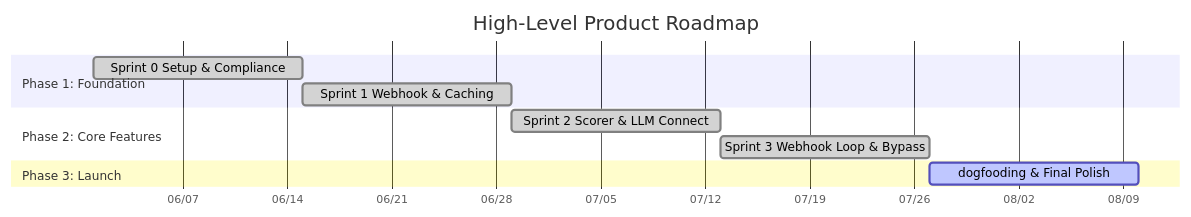
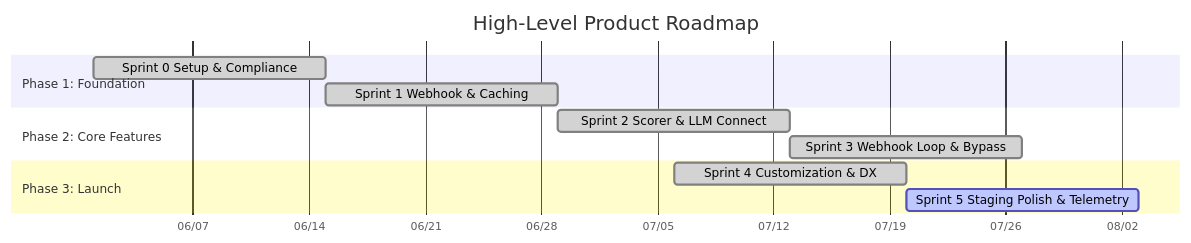
Before and after one commit to tinhct/archi-check: the diagram in docs/PM/Product_Roadmap.md, drawn with Mermaid. The commit also changed other lines of this file and 6 other files, not shown here.

````diff
--- a/docs/PM/Product_Roadmap.md
+++ b/docs/PM/Product_Roadmap.md
@@ -10,17 +10,18 @@
 ```mermaid
 gantt
     title High-Level Product Roadmap
     dateFormat YYYY-MM-DD
     axisFormat %m/%d
     
     section Phase 1: Foundation
     Sprint 0 Setup & Compliance       :done, sprint0, 2026-06-01, 14d
     Sprint 1 Webhook & Caching        :done, sprint1, 2026-06-15, 14d
     
     section Phase 2: Core Features
     Sprint 2 Scorer & LLM Connect     :done, sprint2, 2026-06-29, 14d
     Sprint 3 Webhook Loop & Bypass    :done, sprint3, 2026-07-13, 14d
     
     section Phase 3: Launch
-    dogfooding & Final Polish         :active, launch, after sprint3, 14d
+    Sprint 4 Customization & DX       :done, sprint4, 2026-07-06, 14d
+    Sprint 5 Staging Polish & Telemetry:active, sprint5, after sprint4, 14d
 ```
````
